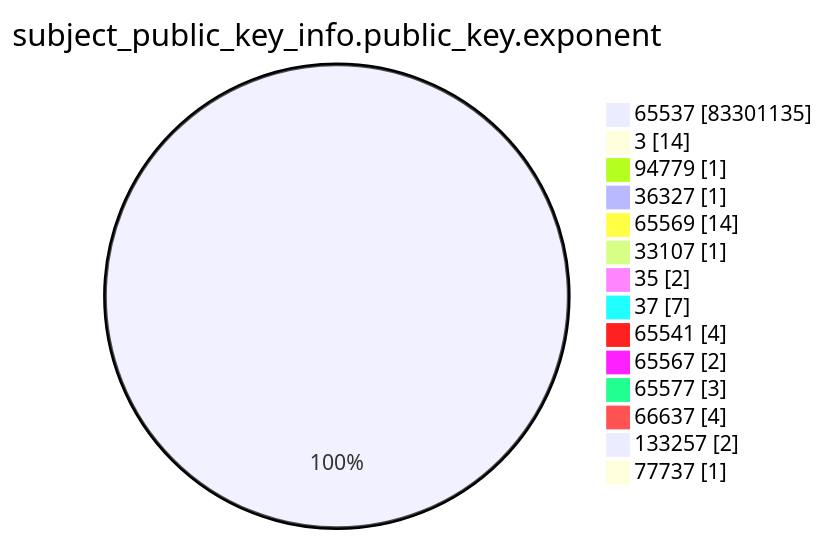
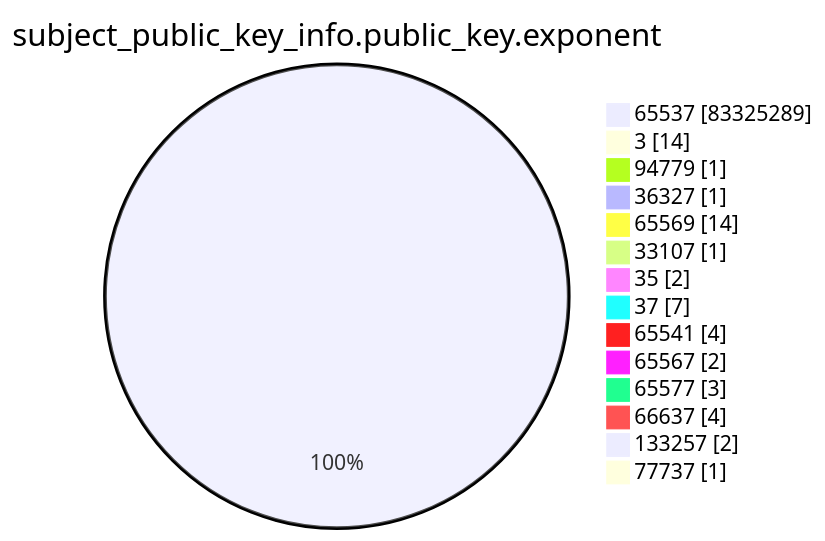
Before and after one commit to christiankrug/ctmonitor_visualization: the fourth of 15 diagrams in argon2023/README.md, drawn with Mermaid. The commit also changed other lines of this file, not shown here.

````diff
--- a/argon2023/README.md
+++ b/argon2023/README.md
@@ -1246,18 +1246,18 @@
 ```mermaid
 pie showData
 title subject_public_key_info.public_key.exponent
-"65537" :83301135
+"65537" :83325289
 "3" :14
 "94779" :1
 "36327" :1
 "65569" :14
 "33107" :1
 "35" :2
 "37" :7
 "65541" :4
 "65567" :2
 "65577" :3
 "66637" :4
 "133257" :2
 "77737" :1
 ```
````
